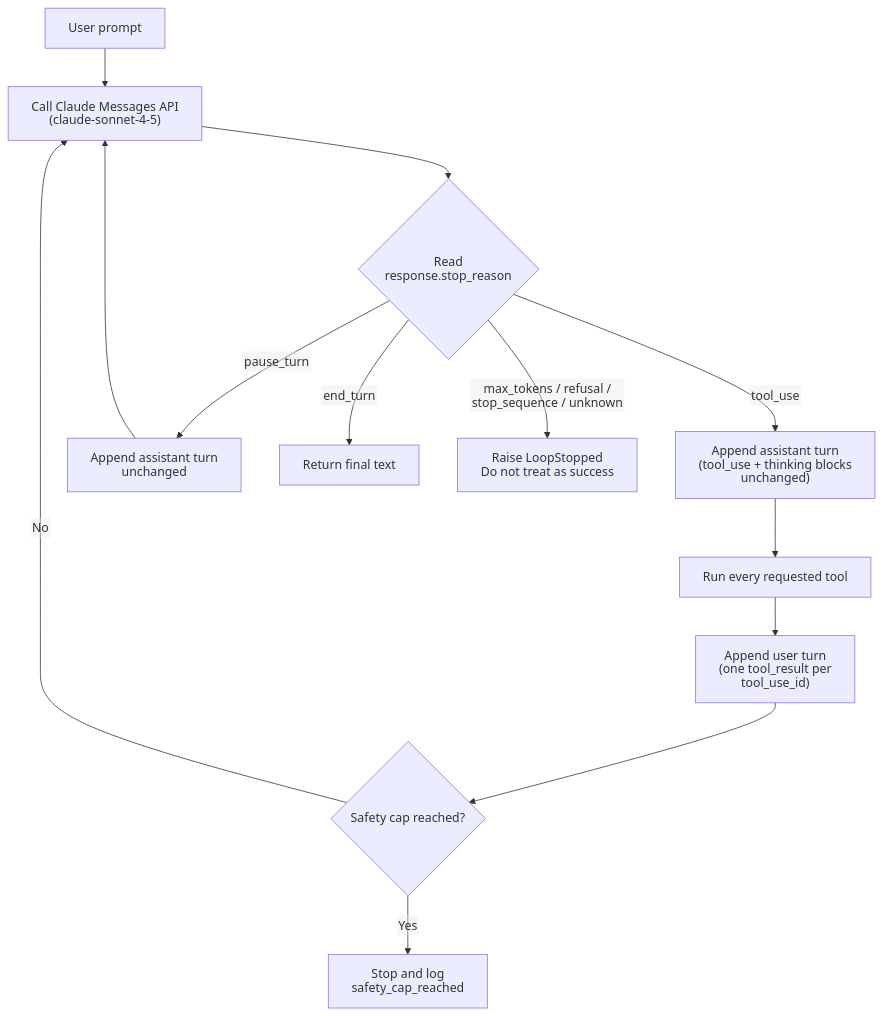
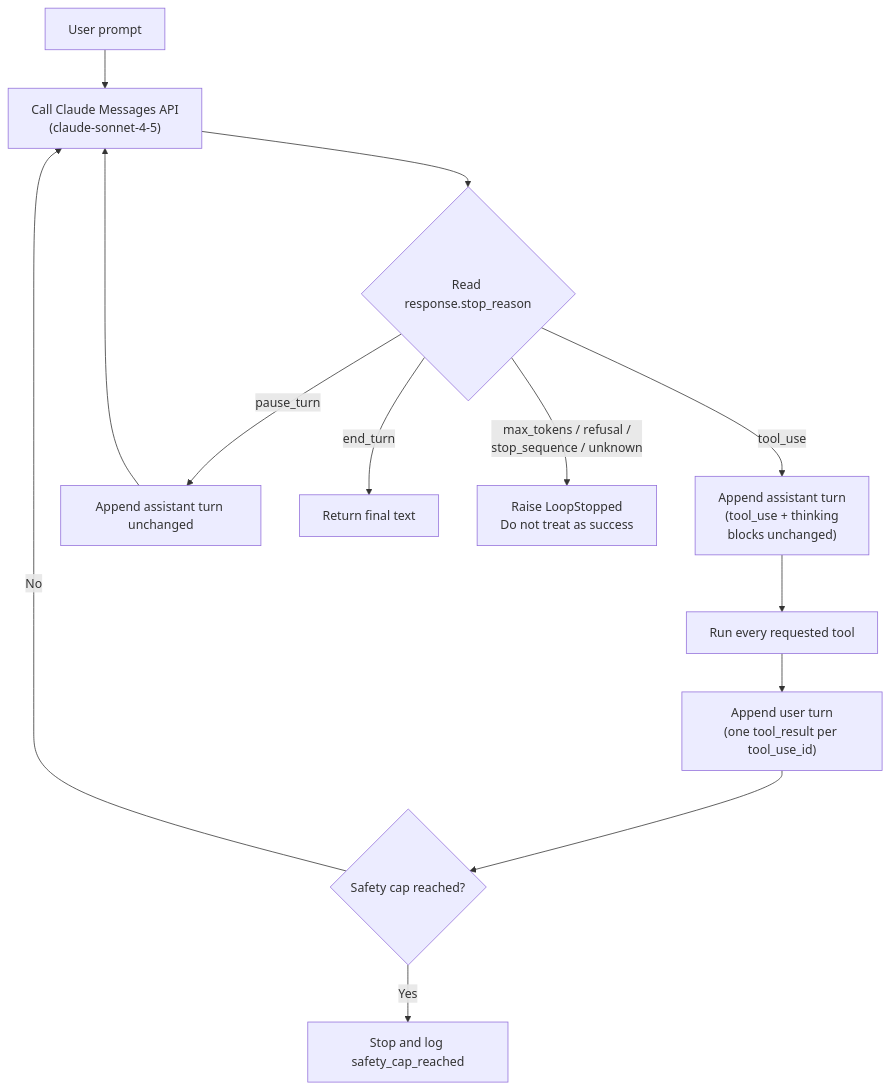
One commit to dip4k/claude_cert_architect_foundation_prep changed the diagram in domain1/ts_1_1_multi_tool_agent_loop/README.md. Above: the diagram before and after it, drawn with Mermaid. The commit also changed 99 other files, not shown here.

````diff
--- a/domain1/ts_1_1_multi_tool_agent_loop/README.md
+++ b/domain1/ts_1_1_multi_tool_agent_loop/README.md
@@ -103,21 +103,17 @@
 ```mermaid
----
-config:
-  htmlLabels: false
----
 flowchart TD
     Start["User prompt"] --> Send["Call Claude Messages API<br>(claude-sonnet-4-5)"]
     Send --> Check{"Read response.stop_reason"}
 
-    Check -->|"tool_use"| AppendA["Append assistant turn<br>(tool_use + thinking blocks unchanged)"]
+    Check -->|"tool_use"| AppendA["Append assistant turn<br>(tool_use + thinking<br>blocks unchanged)"]
     AppendA --> Run["Run every requested tool"]
     Run --> AppendU["Append user turn<br>(one tool_result per tool_use_id)"]
     AppendU --> Cap{"Safety cap reached?"}
     Cap -->|"No"| Send
     Cap -->|"Yes"| CapStop["Stop and log safety_cap_reached"]
 
     Check -->|"pause_turn"| Resume["Append assistant turn unchanged"]
     Resume --> Send
     Check -->|"end_turn"| Done["Return final text"]
-    Check -->|"max_tokens / refusal / stop_sequence / unknown"| Stop["Raise LoopStopped<br>Do not treat as success"]
+    Check -->|"max_tokens / refusal /<br>stop_sequence / unknown"| Stop["Raise LoopStopped<br>Do not treat as success"]
 ```
````
